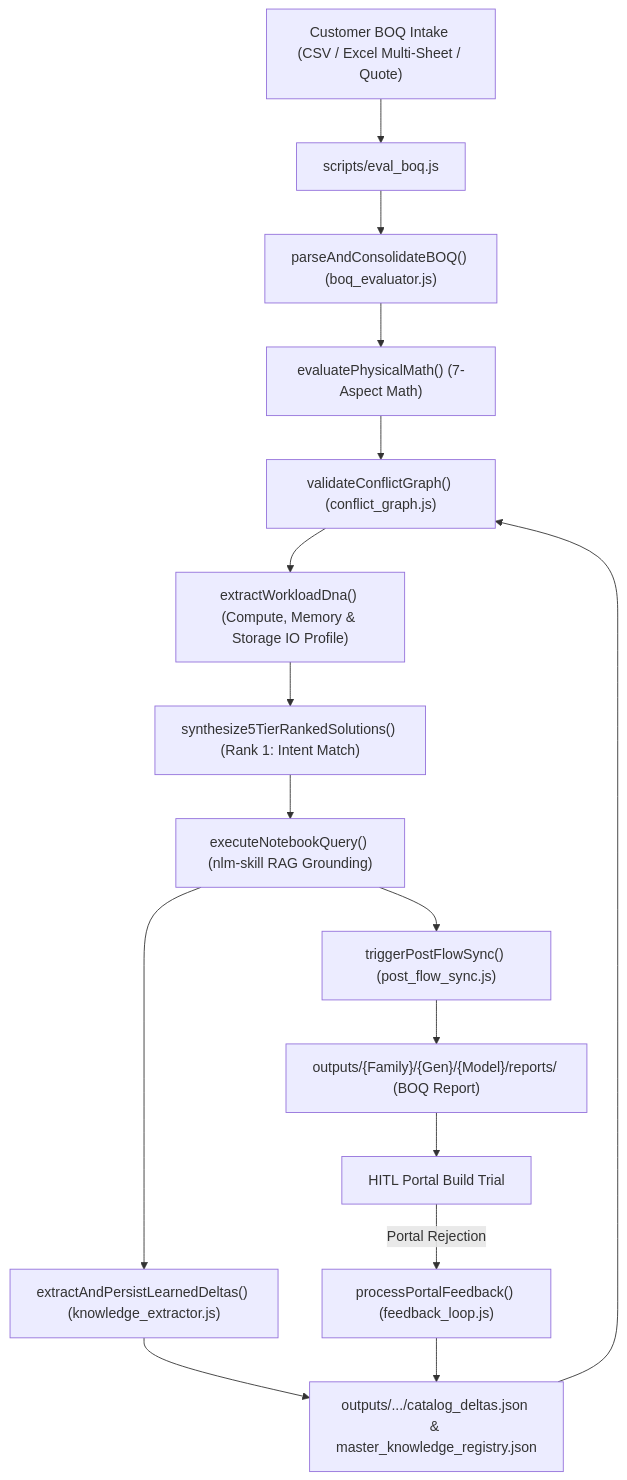
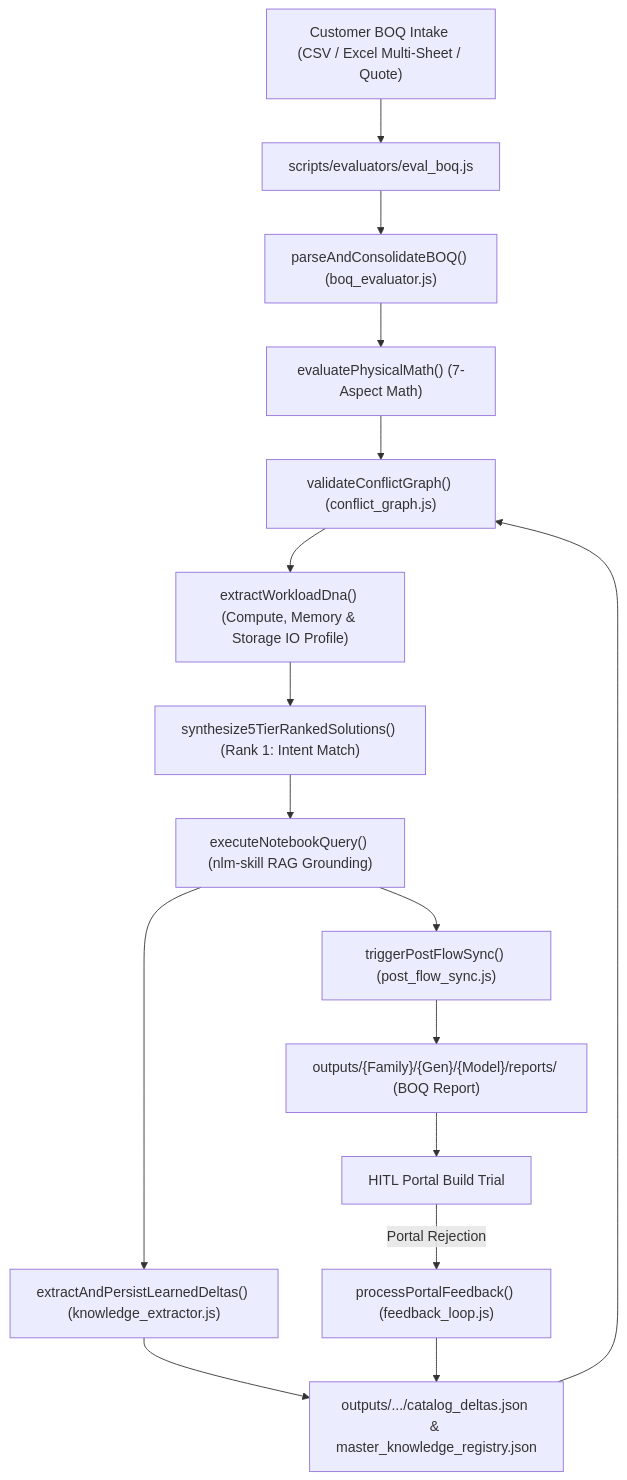
Before and after one commit to vinodhsubramanian123/updatedVendorScrapingNotebook-v2: the diagram in .agents/skills/boq-eval-skill/SKILL.md, drawn with Mermaid. The commit also changed other lines of this file and 15 other files, not shown here.

````diff
--- a/.agents/skills/boq-eval-skill/SKILL.md
+++ b/.agents/skills/boq-eval-skill/SKILL.md
@@ -14,18 +14,18 @@
 ```mermaid
 graph TD
-    A["Customer BOQ Intake (CSV / Excel Multi-Sheet / Quote)"] --> B["scripts/eval_boq.js"]
+    A["Customer BOQ Intake (CSV / Excel Multi-Sheet / Quote)"] --> B["scripts/evaluators/eval_boq.js"]
     B --> C["parseAndConsolidateBOQ() (boq_evaluator.js)"]
     C --> D["evaluatePhysicalMath() (7-Aspect Math)"]
     D --> E["validateConflictGraph() (conflict_graph.js)"]
     E --> F["extractWorkloadDna() (Compute, Memory & Storage IO Profile)"]
     F --> G["synthesize5TierRankedSolutions() (Rank 1: Intent Match)"]
     G --> H["executeNotebookQuery() (nlm-skill RAG Grounding)"]
     H --> M["extractAndPersistLearnedDeltas() (knowledge_extractor.js)"]
     M --> L["outputs/.../catalog_deltas.json & master_knowledge_registry.json"]
     L --> E
     H --> N["triggerPostFlowSync() (post_flow_sync.js)"]
     N --> I["outputs/{Family}/{Gen}/{Model}/reports/ (BOQ Report)"]
     I --> J["HITL Portal Build Trial"]
     J -- "Portal Rejection" --> K["processPortalFeedback() (feedback_loop.js)"]
     K --> L
 ```
````
